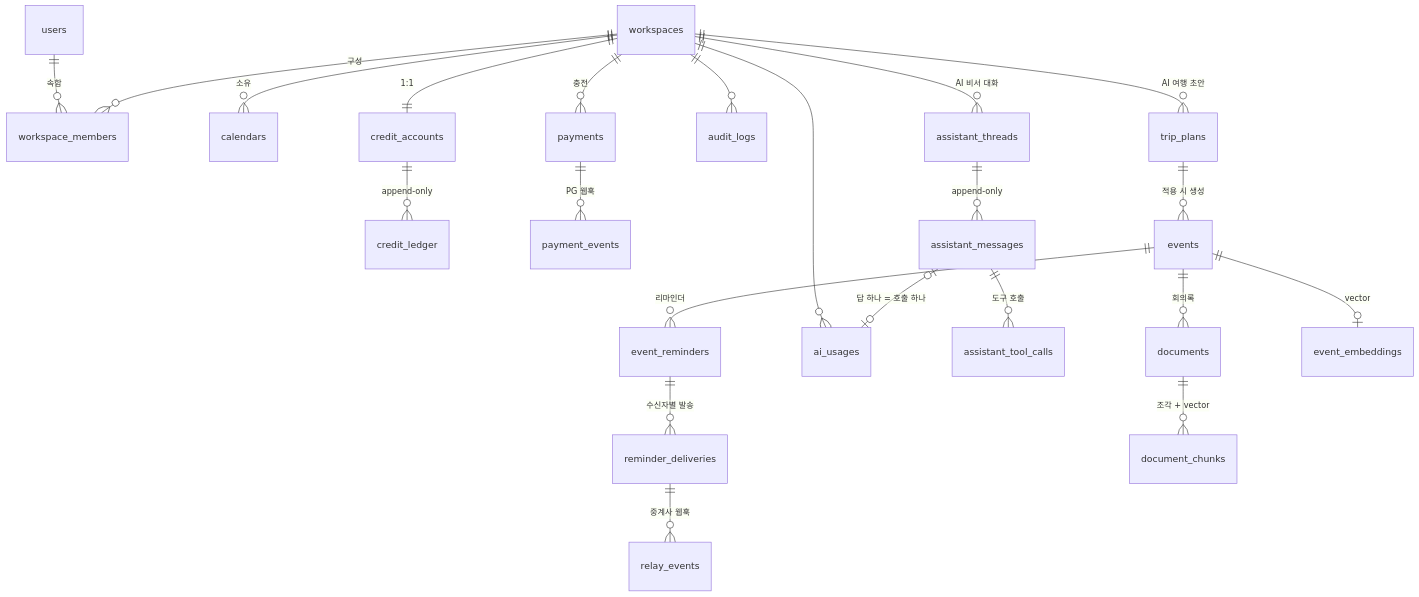
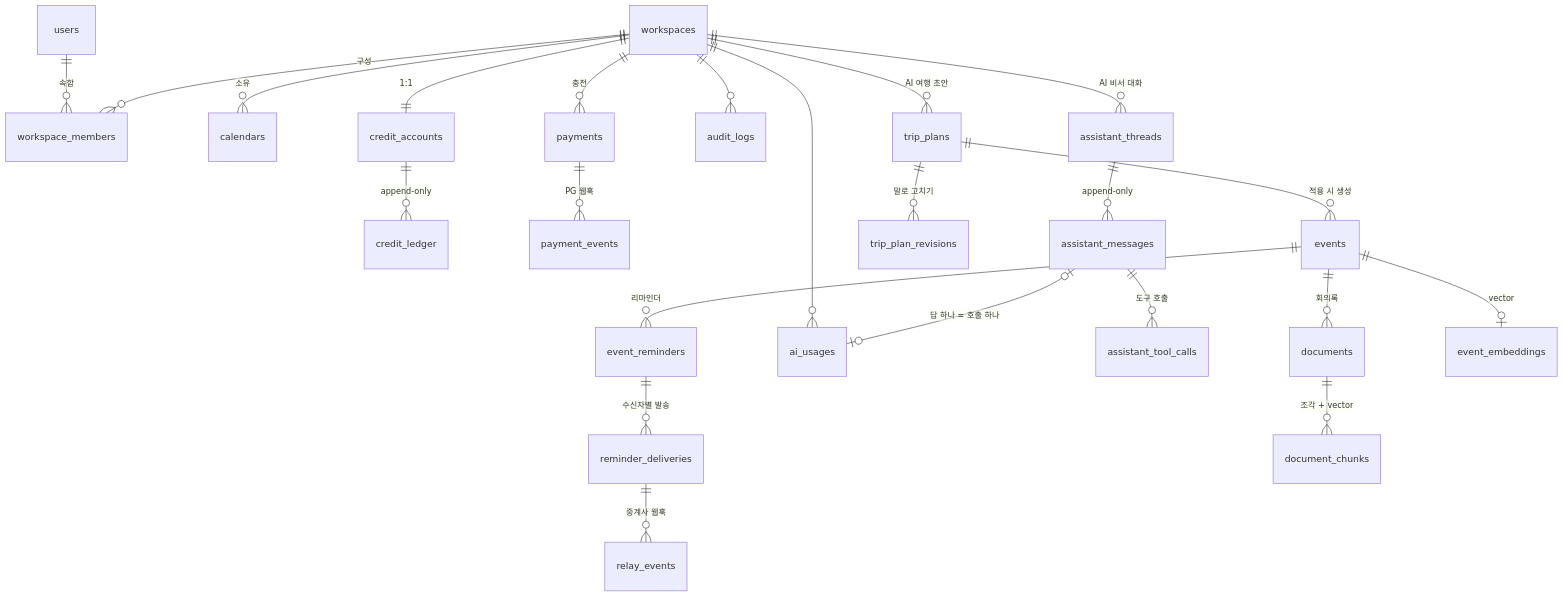
The diagram in docs/ERD.md (seommin/plandit), drawn with Mermaid before and after one commit. The commit also changed other lines of this file and 16 other files, not shown here.

First line of the commit message:
feat(trip): 여행 초안을 말로 고치기 — AI 제안 미리보기 후 반영 (PLANDIT-27)

````diff
--- a/docs/ERD.md
+++ b/docs/ERD.md
@@ -9,24 +9,25 @@
 ```mermaid
 erDiagram
     users ||--o{ workspace_members : "속함"
     workspaces ||--o{ workspace_members : "구성"
     workspaces ||--o{ calendars : "소유"
     workspaces ||--|| credit_accounts : "1:1"
     credit_accounts ||--o{ credit_ledger : "append-only"
     workspaces ||--o{ payments : "충전"
     payments ||--o{ payment_events : "PG 웹훅"
     events ||--o{ event_reminders : "리마인더"
     event_reminders ||--o{ reminder_deliveries : "수신자별 발송"
     reminder_deliveries ||--o{ relay_events : "중계사 웹훅"
     workspaces ||--o{ audit_logs : ""
     workspaces ||--o{ ai_usages : ""
     workspaces ||--o{ trip_plans : "AI 여행 초안"
     trip_plans ||--o{ events : "적용 시 생성"
+    trip_plans ||--o{ trip_plan_revisions : "말로 고치기"
     workspaces ||--o{ assistant_threads : "AI 비서 대화"
     assistant_threads ||--o{ assistant_messages : "append-only"
     assistant_messages ||--o{ assistant_tool_calls : "도구 호출"
     assistant_messages |o--o| ai_usages : "답 하나 = 호출 하나"
     events ||--o{ documents : "회의록"
     documents ||--o{ document_chunks : "조각 + vector"
     events ||--o| event_embeddings : "vector"
 ```
````
